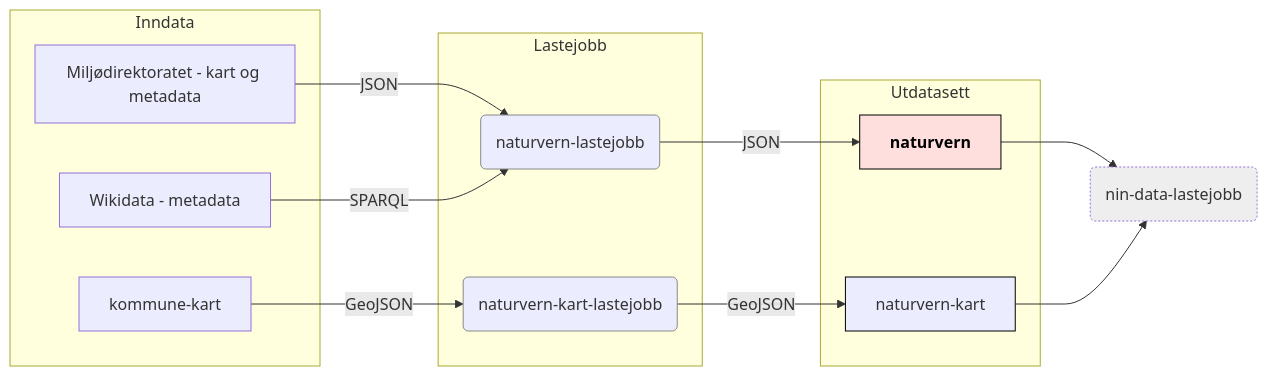
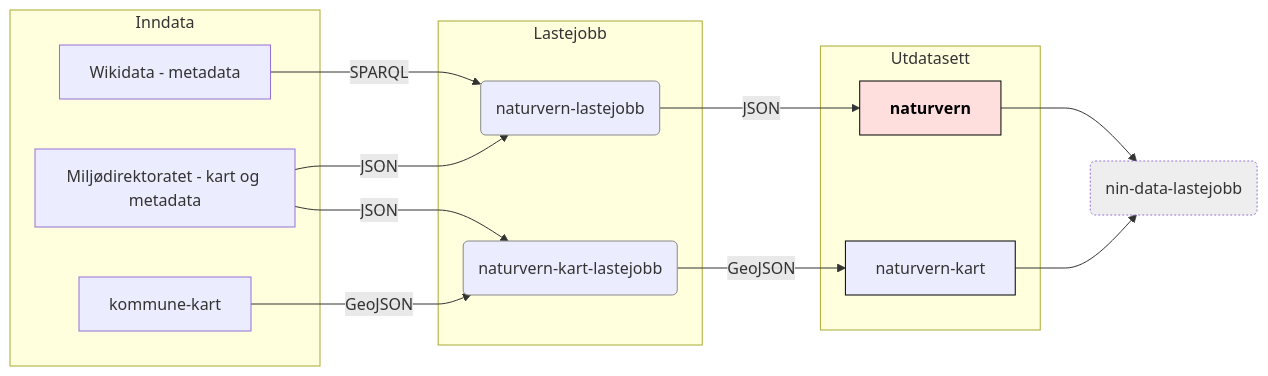
One commit to Artsdatabanken/naturvern changed the diagram in doc/flytdiagram.md. Above: the diagram before and after it, drawn with Mermaid. The commit also changed 1 other file, not shown here.

Commit message:
Kart fra Miljødirektoratet

````diff
--- a/doc/flytdiagram.md
+++ b/doc/flytdiagram.md
@@ -1,45 +1,46 @@
 ```mermaid
 
 graph LR;
   linkStyle default interpolate monotoneX
     subgraph Inndata
       kommune-kart[kommune-kart]
       wikidata[Wikidata - metadata]
       mdir[Miljødirektoratet - kart og metadata]
     end
     subgraph Lastejobb
       naturvern-kart-lastejobb(naturvern-kart-lastejobb)
       naturvern-lastejobb(naturvern-lastejobb)
     end
     subgraph Utdatasett
       naturvern-kart[naturvern-kart]
       naturvern[naturvern]
     end
+    wikidata-->|SPARQL|naturvern-lastejobb;
     mdir-->|JSON|naturvern-lastejobb;
-    wikidata-->|SPARQL|naturvern-lastejobb;
+    mdir-->|JSON|naturvern-kart-lastejobb;
     naturvern-kart-lastejobb-->|GeoJSON|naturvern-kart;
     naturvern-lastejobb-->|JSON|naturvern;
     kommune-kart-->|GeoJSON|naturvern-kart-lastejobb(naturvern-kart-lastejobb);
     naturvern-->nin-data-lastejobb(nin-data-lastejobb);
     naturvern-kart-->nin-data-lastejobb(nin-data-lastejobb);
     click naturvern-lastejobb "https://github.com/Artsdatabanken/naturvern-lastejobb" "_"
     click naturvern "https://github.com/Artsdatabanken/naturvern" "_"
     click naturvern-kart "https://github.com/Artsdatabanken/naturvern-kart" "_"
     click naturvern-kart-lastejobb "https://github.com/Artsdatabanken/naturvern-kart-lastejobb" "_"
     click kommune-kart "https://github.com/Artsdatabanken/kommune-kart" "_"
     click wikidata "https://www.wikidata.org/wiki/Q15284" "_"
     click mdir "https://www.mdir.no" "_"
 
 class naturvern focus
 class kommune,wikidata,mdir data
 class naturvern,naturvern-kart, utdata
 class naturvern-lastejobb,naturvern-kart-lastejobb lastejobb
 class nin-data-lastejobb next
 classDef focusx stroke:#888,stroke-width:3px,font-weight:600;
 classDef focus color:#000,fill:#ffdede,stroke:#888,stroke-widthx:3px,font-weight:600;
 classDef data fillx:#ffd;
 classDef lastejobb fillx:#fff,stroke:#888;
 classDef utdata fillx:#ffa,stroke:#000;
 classDef next fill:#eee,stroke-dasharray: 2, 2;
 
 ```
````
